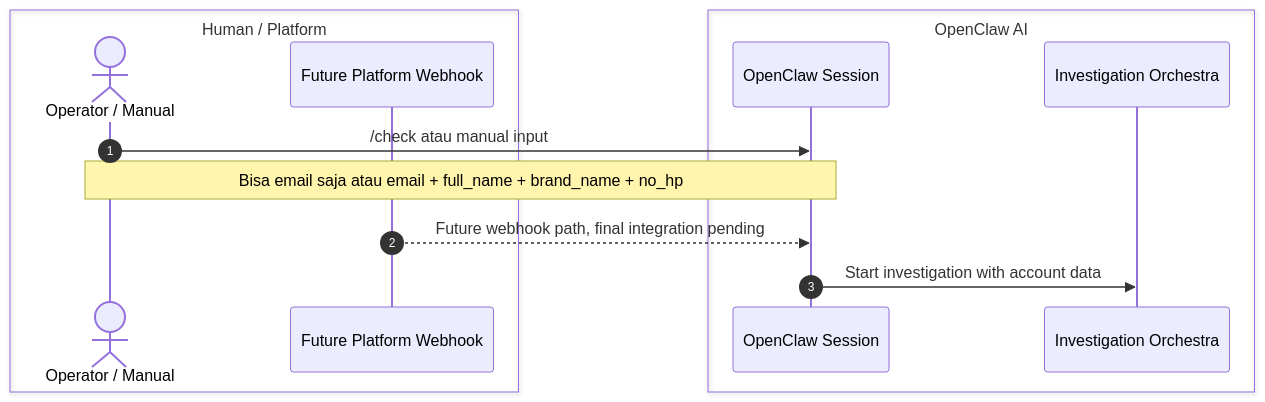
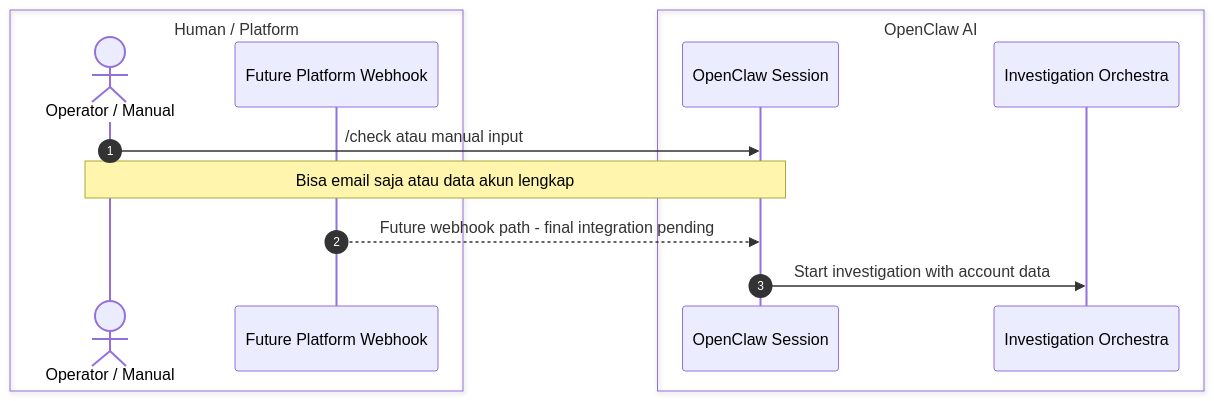
One commit to nunutech40/company-detector-bot changed the third of 7 diagrams in docs/technical/FLOW_MAP.md. Above: the diagram before and after it, drawn with Mermaid. The commit also changed other lines of this file, not shown here.

Commit message:
fix flow map mermaid syntax

````diff
--- a/docs/technical/FLOW_MAP.md
+++ b/docs/technical/FLOW_MAP.md
@@ -192,18 +192,18 @@
 ```mermaid
 sequenceDiagram
   autonumber
   box Human / Platform
     actor Operator as Operator / Manual
     participant Platform as Future Platform Webhook
   end
 
   box OpenClaw AI
     participant Session as OpenClaw Session
     participant Orchestra as Investigation Orchestra
   end
 
   Operator->>Session: /check atau manual input
-  Note over Operator,Session: Bisa email saja atau email + full_name + brand_name + no_hp
-  Platform-->>Session: Future webhook path, final integration pending
+  Note over Operator,Session: Bisa email saja atau data akun lengkap
+  Platform-->>Session: Future webhook path - final integration pending
   Session->>Orchestra: Start investigation with account data
 ```
````
